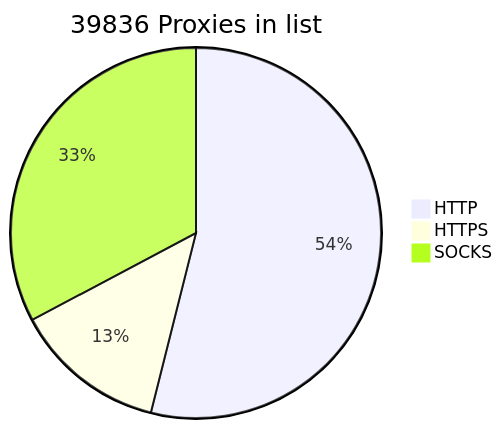
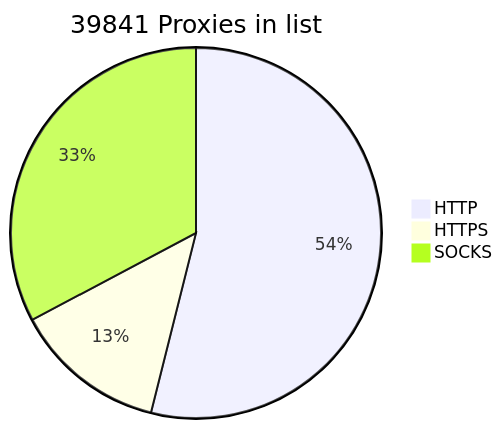
One commit to BlackSnowDot/proxylist-update-every-minute changed the diagram in README.md. Above: the diagram before and after it, drawn with Mermaid.

````diff
--- a/README.md
+++ b/README.md
@@ -2,6 +2,6 @@
 ```mermaid
-pie title 39836 Proxies in list
+pie title 39841 Proxies in list
     "HTTP" : 23913
-    "HTTPS": 5907
-    "SOCKS" : 14529
+    "HTTPS": 5914
+    "SOCKS" : 14530
 ```
````
